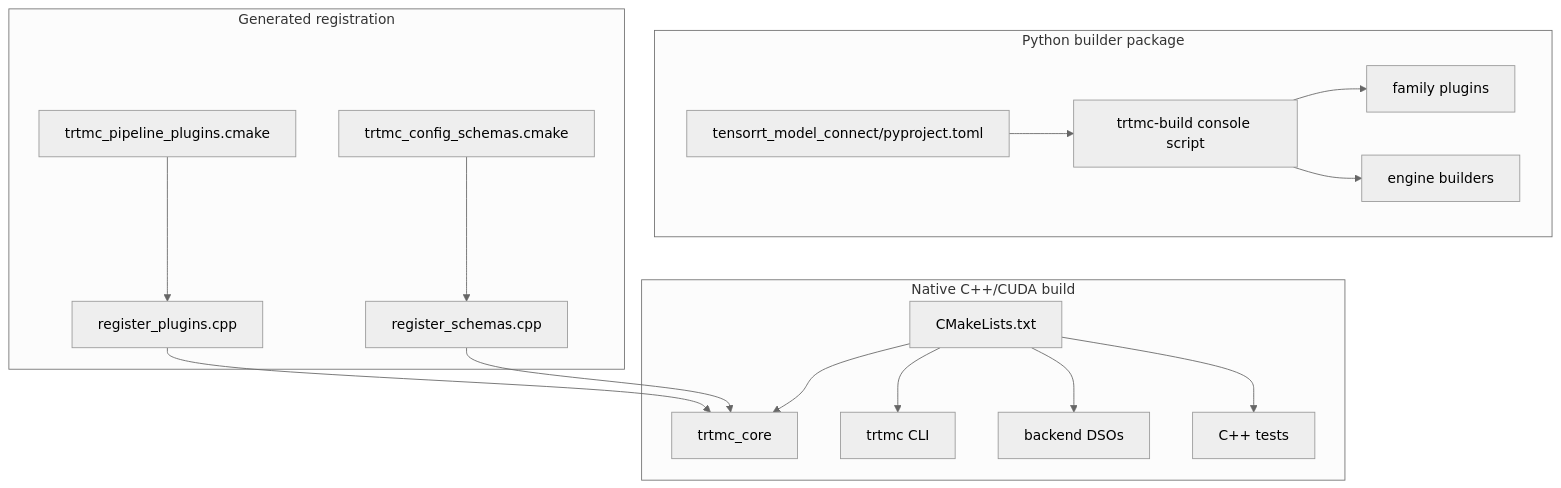
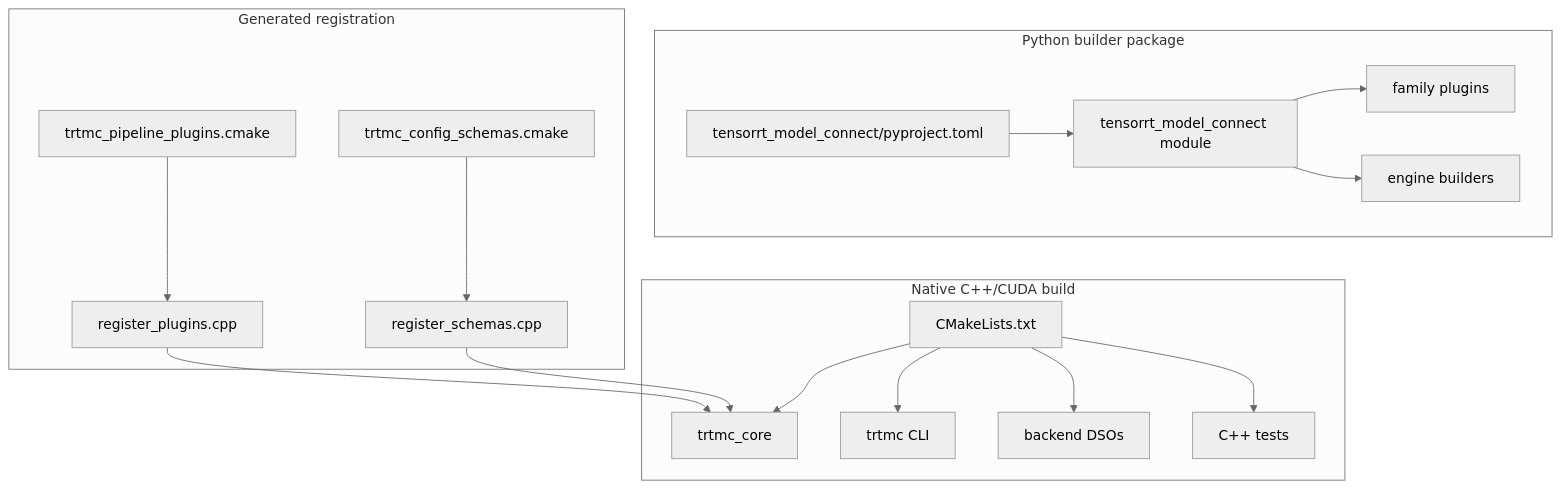
The first of 2 diagrams in website/docs/architecture/build-system.md (AbishekCoder1/TensorRT-Model-Connect), drawn with Mermaid (neutral theme) before and after one commit. The commit also changed other lines of this file and 200 other files, not shown here.

````diff
--- a/website/docs/architecture/build-system.md
+++ b/website/docs/architecture/build-system.md
@@ -7,23 +7,23 @@
 ```mermaid
 flowchart TB
   subgraph Native["Native C++/CUDA build"]
     CMake["CMakeLists.txt"] --> Core["trtmc_core"]
     CMake --> CLI["trtmc CLI"]
     CMake --> Backends["backend DSOs"]
     CMake --> Tests["C++ tests"]
   end
 
   subgraph Python["Python builder package"]
-    PyProj["tensorrt_model_connect/pyproject.toml"] --> Console["trtmc-build console script"]
-    Console --> Families["family plugins"]
-    Console --> Engines["engine builders"]
+    PyProj["tensorrt_model_connect/pyproject.toml"] --> BuilderModule["tensorrt_model_connect module"]
+    BuilderModule --> Families["family plugins"]
+    BuilderModule --> Engines["engine builders"]
   end
 
   subgraph Generated["Generated registration"]
     ManifestPlugins["trtmc_pipeline_plugins.cmake"] --> RegPlugins["register_plugins.cpp"]
     ManifestSchemas["trtmc_config_schemas.cmake"] --> RegSchemas["register_schemas.cpp"]
   end
 
   RegPlugins --> Core
   RegSchemas --> Core
 ```
````
